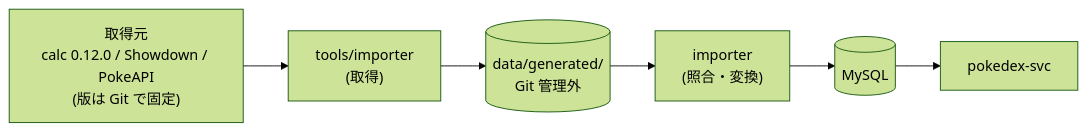
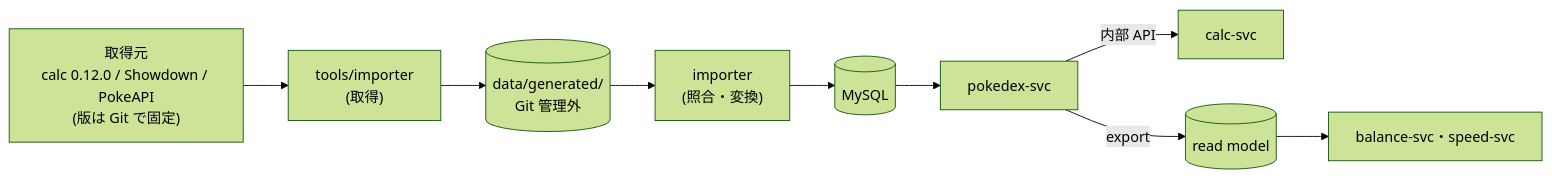
Before and after one commit to yxicun89/MyDamageCalcurater: the second of 2 diagrams in docs/architecture.md, drawn with Mermaid (forest theme). The commit also changed other lines of this file and 9 other files, not shown here.

````diff
--- a/docs/architecture.md
+++ b/docs/architecture.md
@@ -67,7 +91,10 @@
 ```mermaid
 flowchart LR
   Src["取得元<br/>calc 0.12.0 / Showdown / PokeAPI<br/>(版は Git で固定)"] --> Fetch["tools/importer<br/>(取得)"]
   Fetch --> Gen[("data/generated/<br/>Git 管理外")]
   Gen --> Conv["importer<br/>(照合・変換)"] --> DB[("MySQL")]
   DB --> API["pokedex-svc"]
+  API -- "内部 API" --> Calc["calc-svc"]
+  API -- "export" --> RM[("read model")]
+  RM --> BS["balance-svc・speed-svc"]
 ```
````
